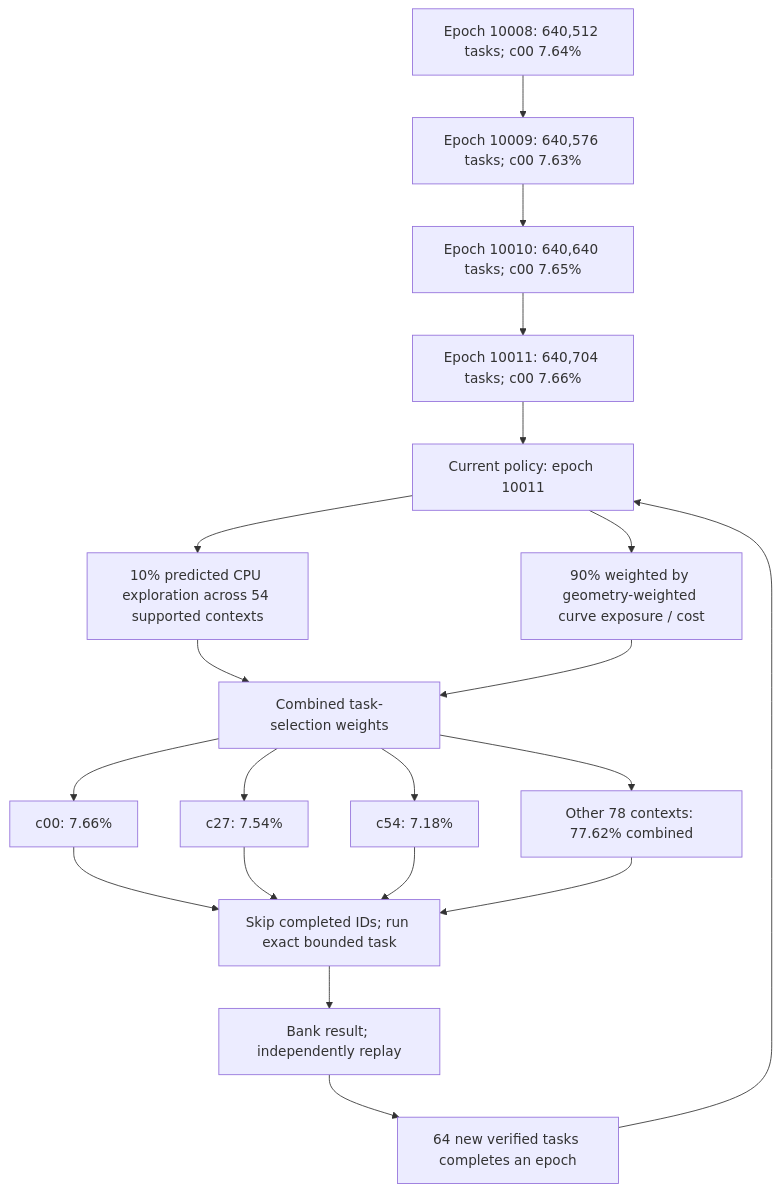
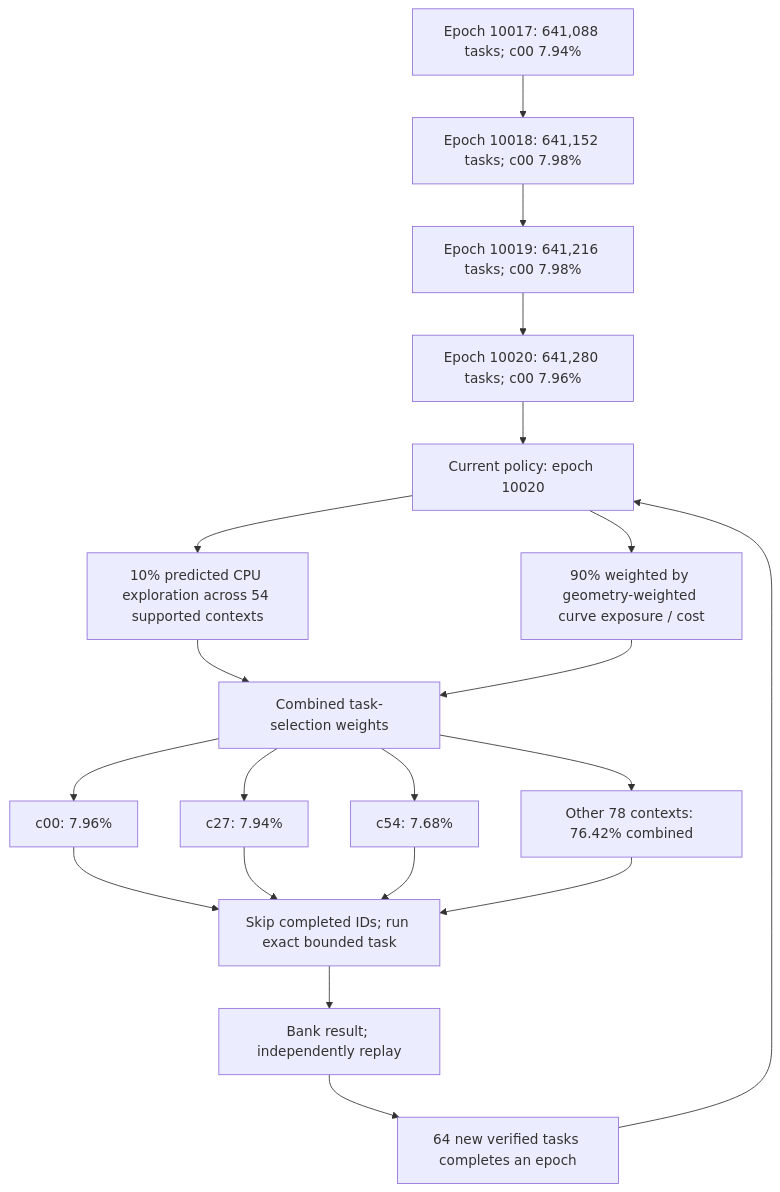
One commit to Kuberwastaken/math-gambling changed the first of 4 diagrams in README.md. Above: the diagram before and after it, drawn with Mermaid. The commit also changed other lines of this file and 1339 other files, not shown here.

````diff
--- a/README.md
+++ b/README.md
@@ -60,27 +60,27 @@
 ```mermaid
 flowchart TD
-    H0["Epoch 10008: 640,512 tasks; c00 7.64%"]
-    H1["Epoch 10009: 640,576 tasks; c00 7.63%"]
+    H0["Epoch 10017: 641,088 tasks; c00 7.94%"]
+    H1["Epoch 10018: 641,152 tasks; c00 7.98%"]
     H0 --> H1
-    H2["Epoch 10010: 640,640 tasks; c00 7.65%"]
+    H2["Epoch 10019: 641,216 tasks; c00 7.98%"]
     H1 --> H2
-    H3["Epoch 10011: 640,704 tasks; c00 7.66%"]
+    H3["Epoch 10020: 641,280 tasks; c00 7.96%"]
     H2 --> H3
-    Policy["Current policy: epoch 10011"]
+    Policy["Current policy: epoch 10020"]
     H3 --> Policy
     Policy --> Explore["10% predicted CPU exploration across 54 supported contexts"]
     Policy --> Cost["90% weighted by geometry-weighted curve exposure / cost"]
     Explore --> Mix["Combined task-selection weights"]
     Cost --> Mix
-    Mix --> C0["c00: 7.66%"]
-    Mix --> C1["c27: 7.54%"]
-    Mix --> C2["c54: 7.18%"]
-    Mix --> Rest["Other 78 contexts: 77.62% combined"]
+    Mix --> C0["c00: 7.96%"]
+    Mix --> C1["c27: 7.94%"]
+    Mix --> C2["c54: 7.68%"]
+    Mix --> Rest["Other 78 contexts: 76.42% combined"]
     C0 --> Check["Skip completed IDs; run exact bounded task"]
     C1 --> Check
     C2 --> Check
     Rest --> Check
     Check --> Replay["Bank result; independently replay"]
     Replay --> Gate["64 new verified tasks completes an epoch"]
     Gate --> Policy
 ```
````
